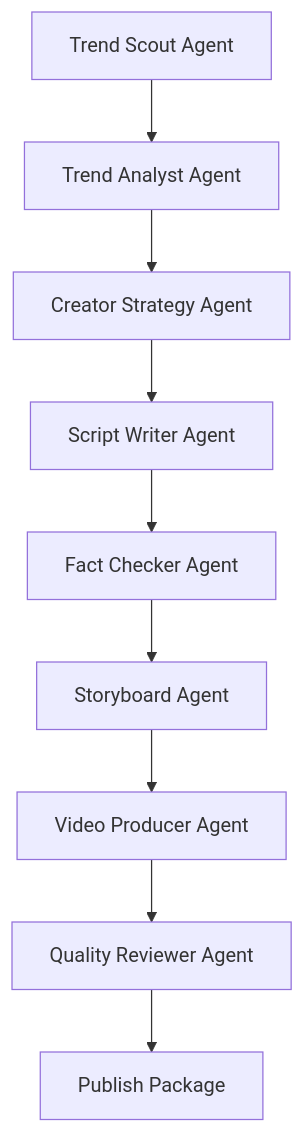
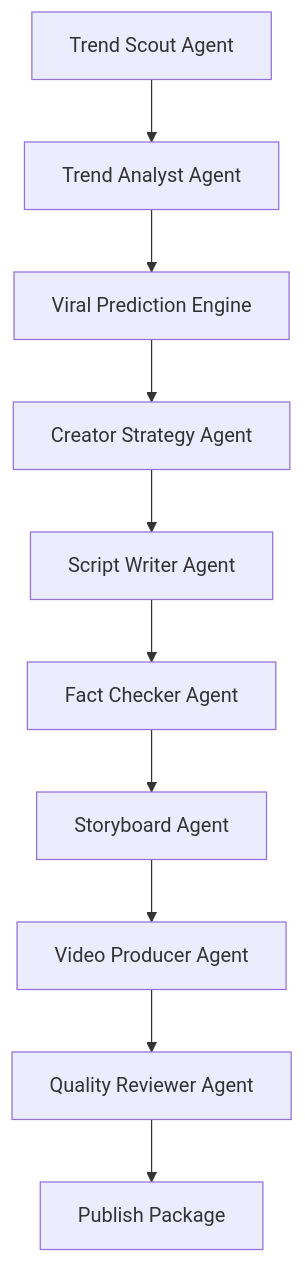
One commit to 2417467487-hub/Trend2Video-Pro changed the diagram in README.md. Above: the diagram before and after it, drawn with Mermaid. The commit also changed other lines of this file and 20 other files, not shown here.

````diff
--- a/README.md
+++ b/README.md
@@ -143,11 +162,12 @@
 ```mermaid
 flowchart TD
     A["Trend Scout Agent"] --> B["Trend Analyst Agent"]
-    B --> C["Creator Strategy Agent"]
-    C --> D["Script Writer Agent"]
-    D --> E["Fact Checker Agent"]
-    E --> F["Storyboard Agent"]
-    F --> G["Video Producer Agent"]
-    G --> H["Quality Reviewer Agent"]
-    H --> I["Publish Package"]
+    B --> C["Viral Prediction Engine"]
+    C --> D["Creator Strategy Agent"]
+    D --> E["Script Writer Agent"]
+    E --> F["Fact Checker Agent"]
+    F --> G["Storyboard Agent"]
+    G --> H["Video Producer Agent"]
+    H --> I["Quality Reviewer Agent"]
+    I --> J["Publish Package"]
 ```
````
